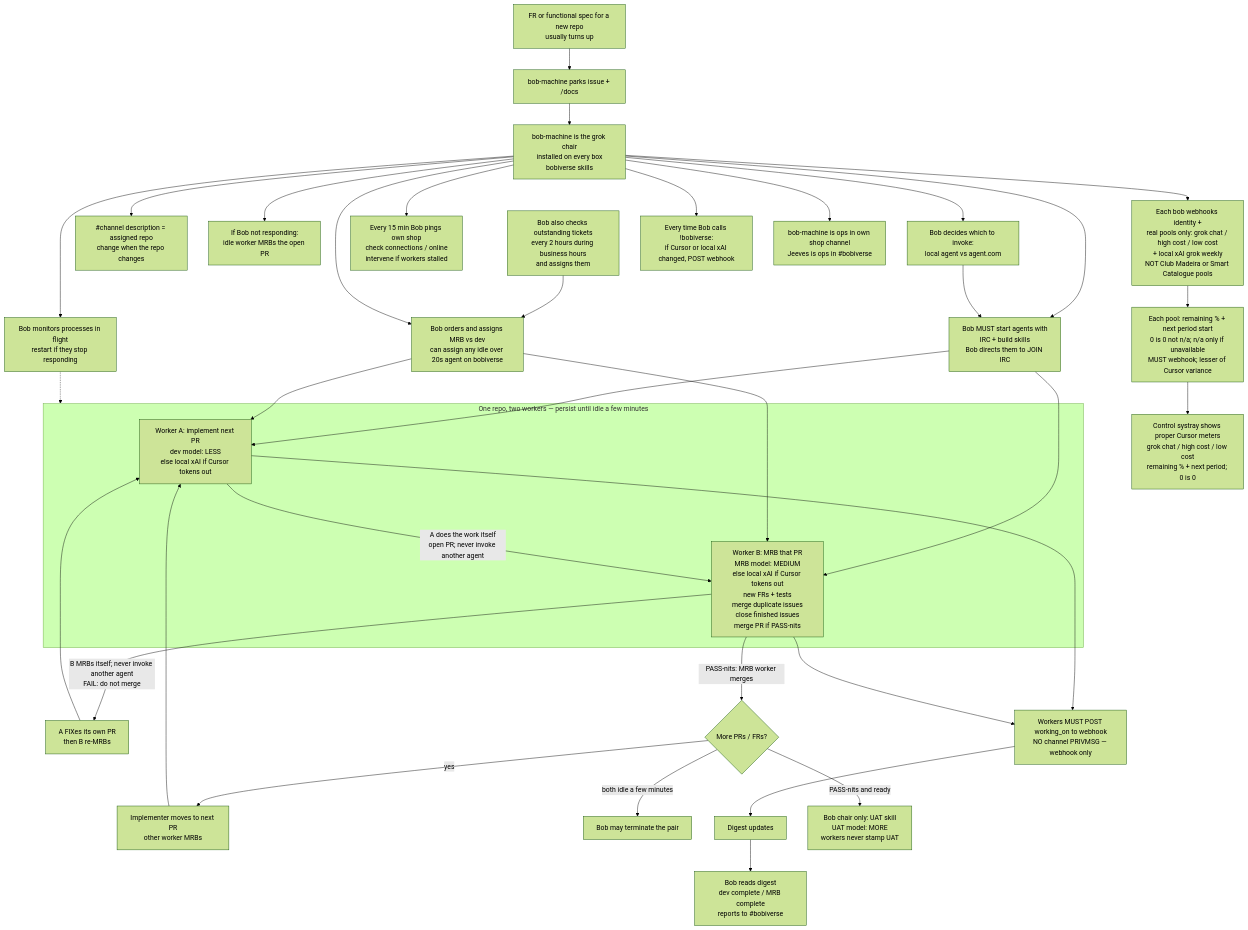
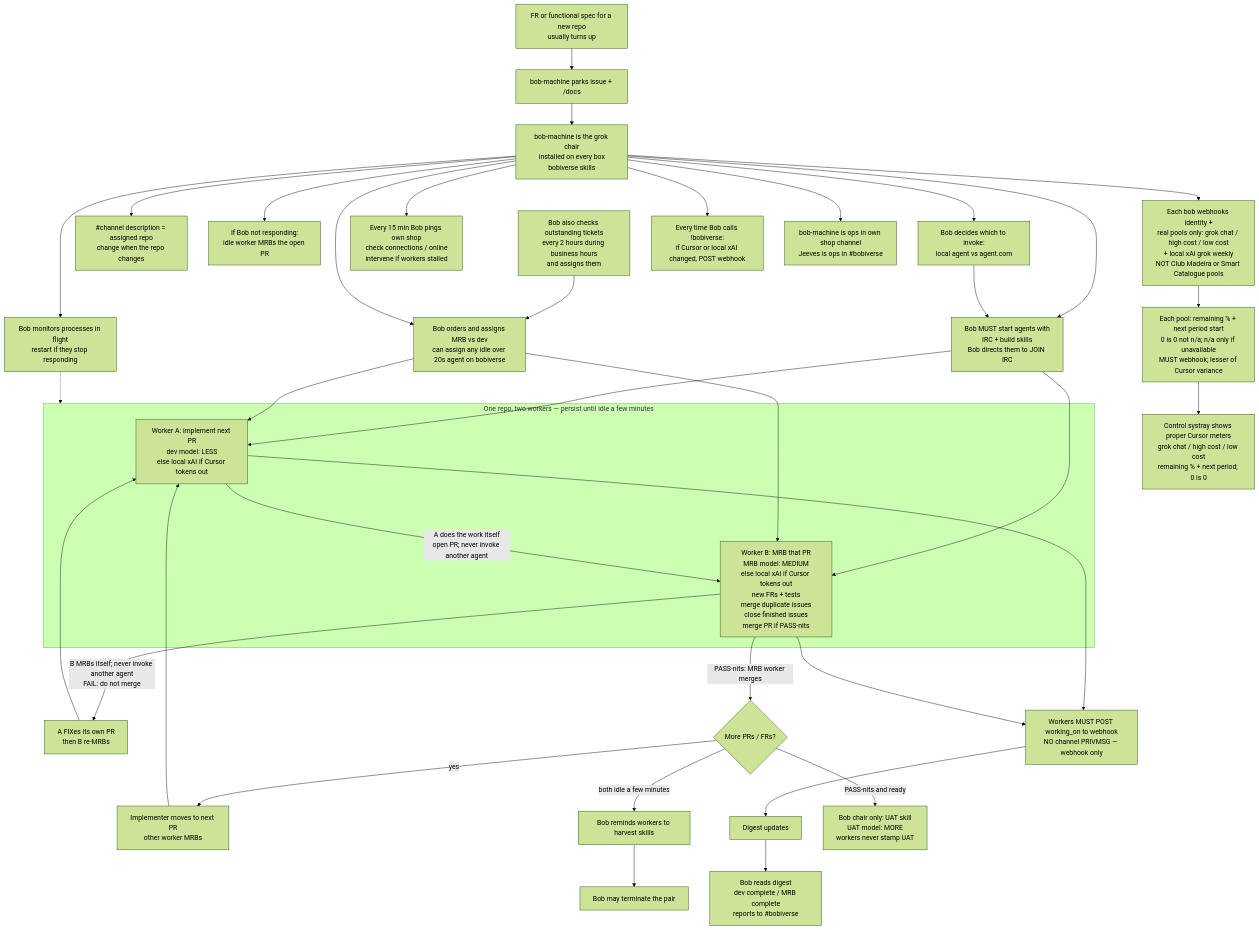
One commit to SimonBarnett/agentic_build changed the diagram in README.md. Above: the diagram before and after it, drawn with Mermaid (forest theme). The commit also changed 1 other file, not shown here.

Commit message:
docs: Bob reminds workers to harvest skills before dismiss

````diff
--- a/README.md
+++ b/README.md
@@ -68,45 +68,46 @@
 ```mermaid
 flowchart TB
   IN["FR or functional spec for a new repo\nusually turns up"]
   IN --> PARK["bob-machine parks issue + /docs"]
   PARK --> CHAIR["bob-machine is the grok chair\ninstalled on every box\nbobiverse skills"]
   TIX["Bob also checks outstanding tickets\nevery 2 hours during business hours\nand assigns them"]
   TIX --> ASSIGN
   CHAIR --> DESC["#channel description = assigned repo\nchange when the repo changes"]
   CHAIR --> PAIR["Bob MUST start agents with\nIRC + build skills\nBob directs them to JOIN IRC"]
   CHAIR --> ASSIGN["Bob orders and assigns MRB vs dev\ncan assign any idle over 20s agent on bobiverse"]
   CHAIR --> IDLEMRB["If Bob not responding:\nidle worker MRBs the open PR"]
   CHAIR --> RT["Bob decides which to invoke:\nlocal agent vs agent.com"]
   RT --> PAIR
   CHAIR --> MON["Bob monitors processes in flight\nrestart if they stop responding"]
   CHAIR --> PING15["Every 15 min Bob pings own shop\ncheck connections / online\nintervene if workers stalled"]
   CHAIR --> USE["Each bob webhooks identity +\nreal pools only: grok chat / high cost / low cost\n+ local xAI grok weekly\nNOT Club Madeira or Smart Catalogue pools"]
   USE --> MIN["Each pool: remaining % + next period start\n0 is 0 not n/a; n/a only if unavailable\nMUST webhook; lesser of Cursor variance"]
   CHAIR --> JEEVES["Every time Bob calls !bobiverse:\nif Cursor or local xAI changed, POST webhook"]
   CHAIR --> OPS["bob-machine is ops in own shop channel\nJeeves is ops in #bobiverse"]
   MIN --> TRAY["Control systray shows proper Cursor meters\ngrok chat / high cost / low cost\nremaining % + next period; 0 is 0"]
 
   subgraph PAIRBOX["One repo, two workers — persist until idle a few minutes"]
     WA["Worker A: implement next PR\ndev model: LESS\nelse local xAI if Cursor tokens out"]
     WB["Worker B: MRB that PR\nMRB model: MEDIUM\nelse local xAI if Cursor tokens out\nnew FRs + tests\nmerge duplicate issues\nclose finished issues\nmerge PR if PASS-nits"]
   end
 
   PAIR --> WA
   PAIR --> WB
   ASSIGN --> WA
   ASSIGN --> WB
   MON -.-> PAIRBOX
   WA -->|"A does the work itself\nopen PR; never invoke another agent"| WB
   WB -->|"B MRBs itself; never invoke another agent\nFAIL: do not merge"| FIX["A FIXes its own PR\nthen B re-MRBs"]
   FIX --> WA
   WB -->|"PASS-nits: MRB worker merges"| NEXT{"More PRs / FRs?"}
   NEXT -->|yes| SWAP["Implementer moves to next PR\nother worker MRBs"]
   SWAP --> WA
-  NEXT -->|both idle a few minutes| STOP["Bob may terminate the pair"]
+  NEXT -->|both idle a few minutes| HARV["Bob reminds workers to harvest skills"]
+  HARV --> STOP["Bob may terminate the pair"]
 
   WA --> POST["Workers MUST POST working_on to webhook\nNO channel PRIVMSG — webhook only"]
   WB --> POST
   POST --> DIG["Digest updates"]
   DIG --> SAY["Bob reads digest\ndev complete / MRB complete\nreports to #bobiverse"]
   NEXT -->|PASS-nits and ready| UAT["Bob chair only: UAT skill\nUAT model: MORE\nworkers never stamp UAT"]
 ```
````
